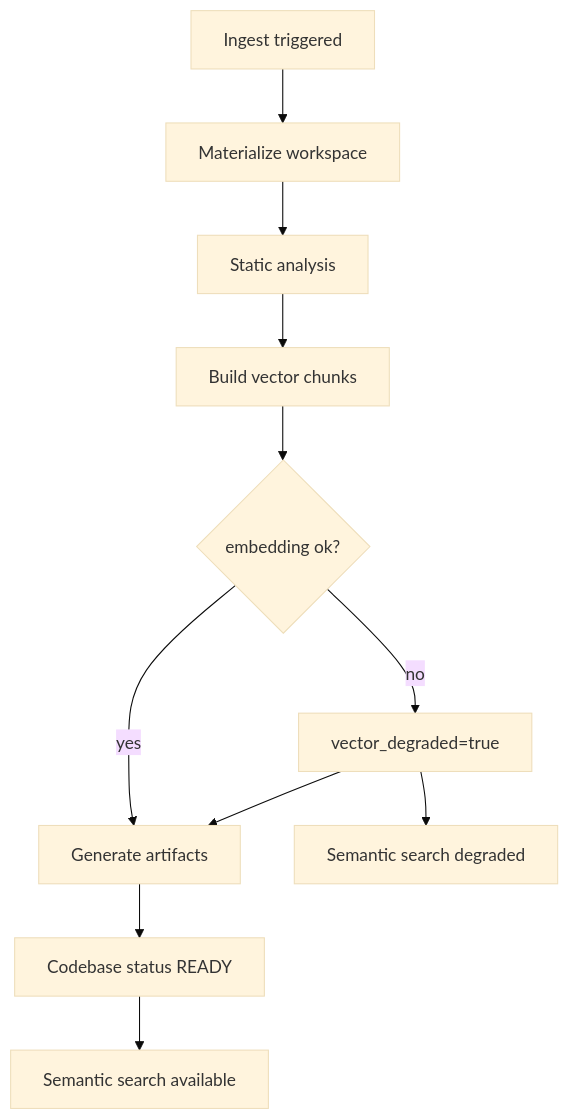
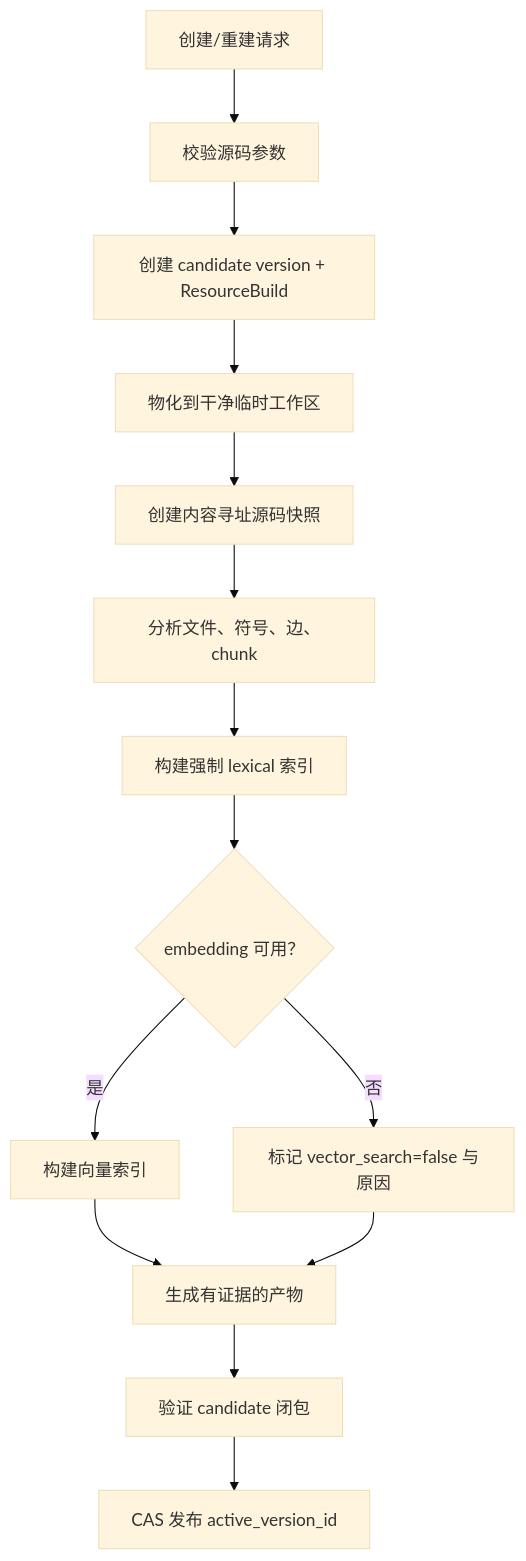
The diagram in docs/architecture/codebase-reindex.zh-CN.md (OceaLong/opencitadel), drawn with Mermaid (base theme) before and after one commit. The commit also changed other lines of this file and 333 other files, not shown here.

````diff
--- a/docs/architecture/codebase-reindex.zh-CN.md
+++ b/docs/architecture/codebase-reindex.zh-CN.md
@@ -30,13 +30,16 @@
 ```mermaid
 flowchart TD
-  Start["Ingest triggered"] --> Materialize["Materialize workspace"]
-  Materialize --> Analyze["Static analysis"]
-  Analyze --> Index["Build vector chunks"]
-  Index --> EmbedOk{"embedding ok?"}
-  EmbedOk -->|"no"| Degraded["vector_degraded=true"]
-  EmbedOk -->|"yes"| Artifacts["Generate artifacts"]
+  Request["创建/重建请求"] --> Validate["校验源码参数"]
+  Validate --> Candidate["创建 candidate version + ResourceBuild"]
+  Candidate --> Materialize["物化到干净临时工作区"]
+  Materialize --> Snapshot["创建内容寻址源码快照"]
+  Snapshot --> Analyze["分析文件、符号、边、chunk"]
+  Analyze --> Lexical["构建强制 lexical 索引"]
+  Lexical --> Vector{"embedding 可用？"}
+  Vector -->|"是"| Hybrid["构建向量索引"]
+  Vector -->|"否"| Degraded["标记 vector_search=false 与原因"]
+  Hybrid --> Artifacts["生成有证据的产物"]
   Degraded --> Artifacts
-  Artifacts --> Ready["Codebase status READY"]
-  Ready --> Search["Semantic search available"]
-  Degraded --> SearchDegraded["Semantic search degraded"]
+  Artifacts --> ValidateClosure["验证 candidate 闭包"]
+  ValidateClosure --> Publish["CAS 发布 active_version_id"]
 ```
````
